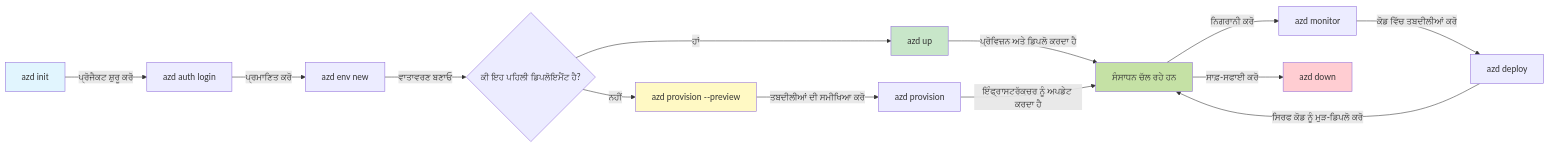
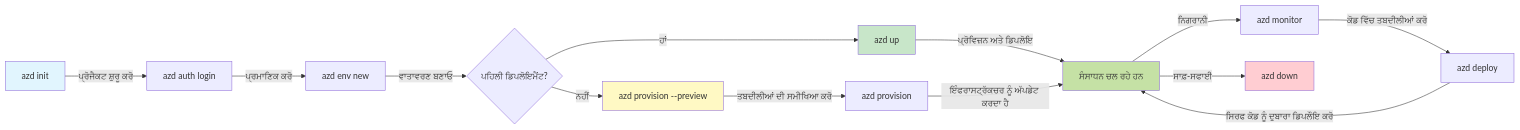
Before and after one commit to microsoft/AZD-for-beginners: the first of 2 diagrams in translations/pa/docs/chapter-01-foundation/azd-basics.md, drawn with Mermaid. The commit also changed other lines of this file and 101 other files, not shown here.

````diff
--- a/translations/pa/docs/chapter-01-foundation/azd-basics.md
+++ b/translations/pa/docs/chapter-01-foundation/azd-basics.md
@@ -269,21 +269,21 @@
 ```mermaid
 graph LR
     A[azd init] -->|ਪ੍ਰੋਜੈਕਟ ਸ਼ੁਰੂ ਕਰੋ| B[azd auth login]
-    B -->|ਪ੍ਰਮਾਣਿਤ ਕਰੋ| C[azd env new]
-    C -->|ਵਾਤਾਵਰਣ ਬਣਾਓ| D{ਕੀ ਇਹ ਪਹਿਲੀ ਡਿਪਲੋਇਮੈਂਟ ਹੈ?}
+    B -->|ਪ੍ਰਮਾਣਿਕ ਕਰੋ| C[azd env new]
+    C -->|ਵਾਤਾਵਰਣ ਬਣਾਓ| D{ਪਹਿਲੀ ਡਿਪਲੋਇਮੈਂਟ?}
     D -->|ਹਾਂ| E[azd up]
     D -->|ਨਹੀਂ| F[azd provision --preview]
     F -->|ਤਬਦੀਲੀਆਂ ਦੀ ਸਮੀਖਿਆ ਕਰੋ| G[azd provision]
-    E -->|ਪ੍ਰੋਵਿਜ਼ਨ ਅਤੇ ਡਿਪਲੋ ਕਰਦਾ ਹੈ| H[ਸੰਸਾਧਨ ਚੱਲ ਰਹੇ ਹਨ]
-    G -->|ਇੰਫ੍ਰਾਸਟਰੱਕਚਰ ਨੂੰ ਅਪਡੇਟ ਕਰਦਾ ਹੈ| H
-    H -->|ਨਿਗਰਾਨੀ ਕਰੋ| I[azd monitor]
+    E -->|ਪ੍ਰੋਵਿਜ਼ਨ ਅਤੇ ਡਿਪਲੋਇ| H[ਸੰਸਾਧਨ ਚਲ ਰਹੇ ਹਨ]
+    G -->|ਇੰਫਰਾਸਟ੍ਰੱਕਚਰ ਨੂੰ ਅੱਪਡੇਟ ਕਰਦਾ ਹੈ| H
+    H -->|ਨਿਗਰਾਨੀ| I[azd monitor]
     I -->|ਕੋਡ ਵਿੱਚ ਤਬਦੀਲੀਆਂ ਕਰੋ| J[azd deploy]
-    J -->|ਸਿਰਫ ਕੋਡ ਨੂੰ ਮੁੜ-ਡਿਪਲੋ ਕਰੋ| H
-    H -->|ਸਾਫ਼-ਸਫਾਈ ਕਰੋ| K[azd down]
+    J -->|ਸਿਰਫ ਕੋਡ ਨੂੰ ਦੁਬਾਰਾ ਡਿਪਲੌਇ ਕਰੋ| H
+    H -->|ਸਾਫ਼-ਸਫਾਈ| K[azd down]
     
     style A fill:#e1f5fe
     style E fill:#c8e6c9
     style F fill:#fff9c4
     style H fill:#c5e1a5
     style K fill:#ffcdd2
 ```
````
